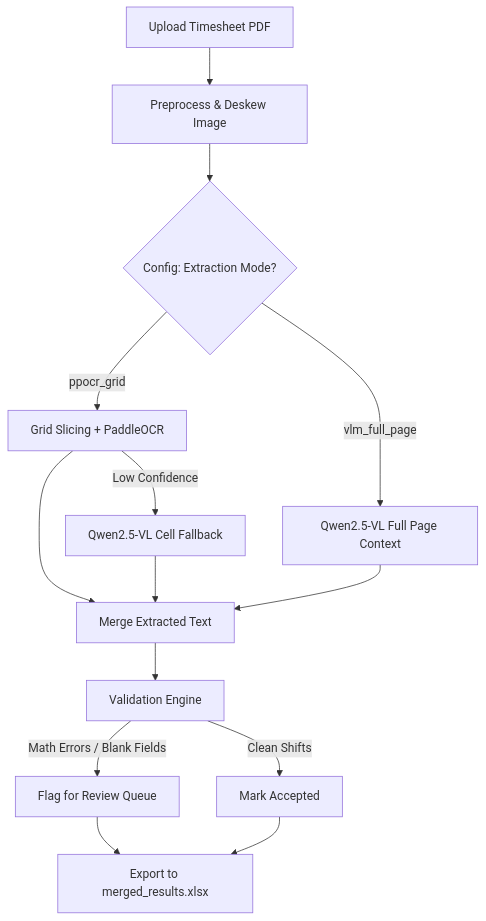
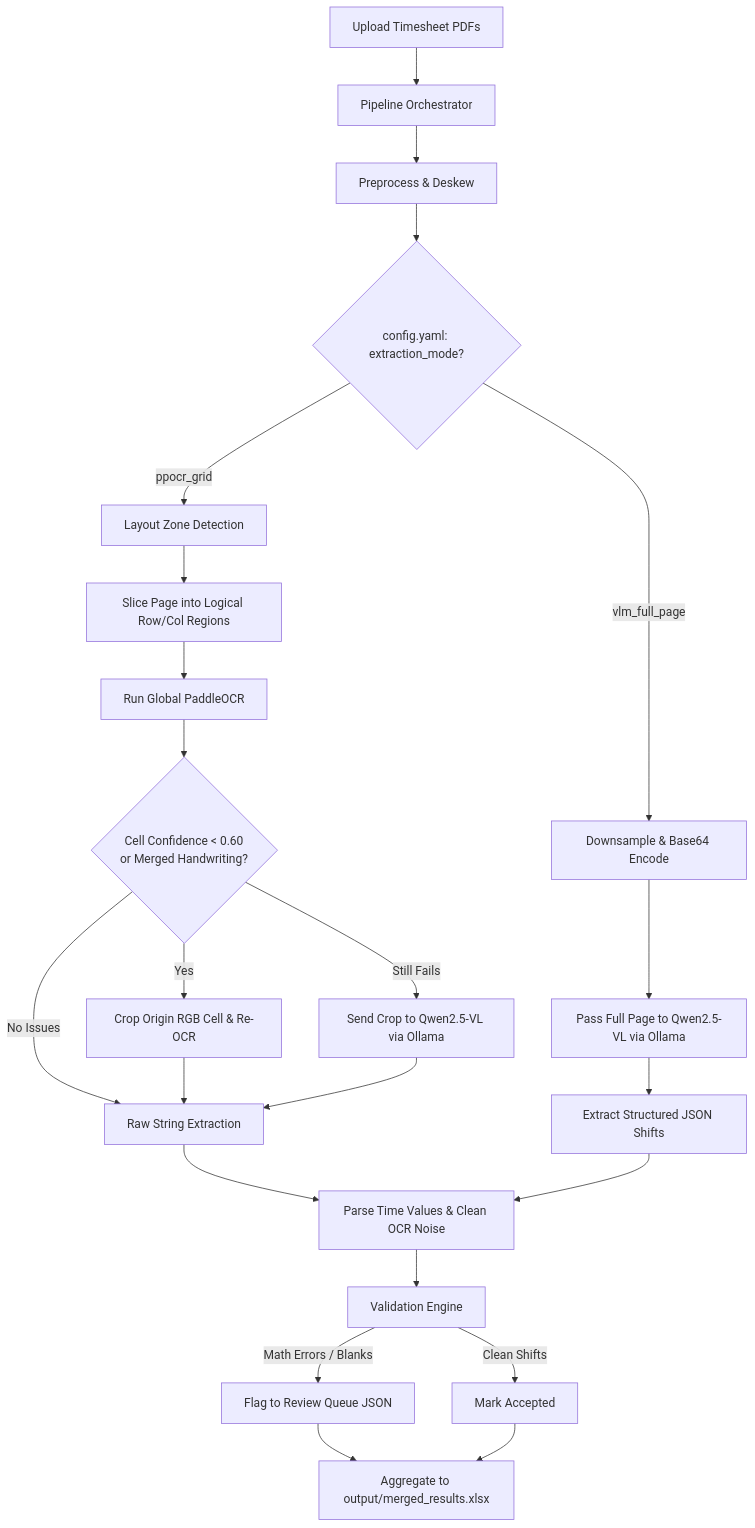
Before and after one commit to mohitagr18/timesheet-ocr: the diagram in README.md, drawn with Mermaid. The commit also changed other lines of this file and 4 other files, not shown here.

````diff
--- a/README.md
+++ b/README.md
@@ -22,13 +29,30 @@
 ```mermaid
 graph TD
-    A[Upload Timesheet PDF] --> B[Preprocess & Deskew Image]
-    B --> C{Config: Extraction Mode?}
-    C -->|ppocr_grid| D[Grid Slicing + PaddleOCR]
-    D -->|Low Confidence| E[Qwen2.5-VL Cell Fallback]
-    C -->|vlm_full_page| F[Qwen2.5-VL Full Page Context]
-    D & E & F --> G[Merge Extracted Text]
-    G --> H[Validation Engine]
-    H -->|Math Errors / Blank Fields| I[Flag for Review Queue]
-    H -->|Clean Shifts| J[Mark Accepted]
-    I & J --> K[Export to merged_results.xlsx]
+    A[Upload Timesheet PDFs] --> B[Pipeline Orchestrator]
+    B --> C[Preprocess & Deskew]
+    C --> D{config.yaml: extraction_mode?}
+    
+    %% Grid Path
+    D -->|ppocr_grid| E[Layout Zone Detection]
+    E --> F[Slice Page into Logical Row/Col Regions]
+    F --> G[Run Global PaddleOCR]
+    G --> H{Cell Confidence < 0.60 \n or Merged Handwriting?}
+    H -->|Yes| I[Crop Origin RGB Cell & Re-OCR]
+    H -->|Still Fails| J[Send Crop to Qwen2.5-VL via Ollama]
+    H -->|No Issues| K[Raw String Extraction]
+    I & J --> K
+    
+    %% VLM Path
+    D -->|vlm_full_page| L[Downsample & Base64 Encode]
+    L --> M[Pass Full Page to Qwen2.5-VL via Ollama]
+    M --> N[Extract Structured JSON Shifts]
+    
+    %% Unification
+    K & N --> O[Parse Time Values & Clean OCR Noise]
+    O --> P[Validation Engine]
+    
+    P --> |Math Errors / Blanks| Q[Flag to Review Queue JSON]
+    P --> |Clean Shifts| R[Mark Accepted]
+    
+    Q & R --> S[Aggregate to output/merged_results.xlsx]
 ```
````
